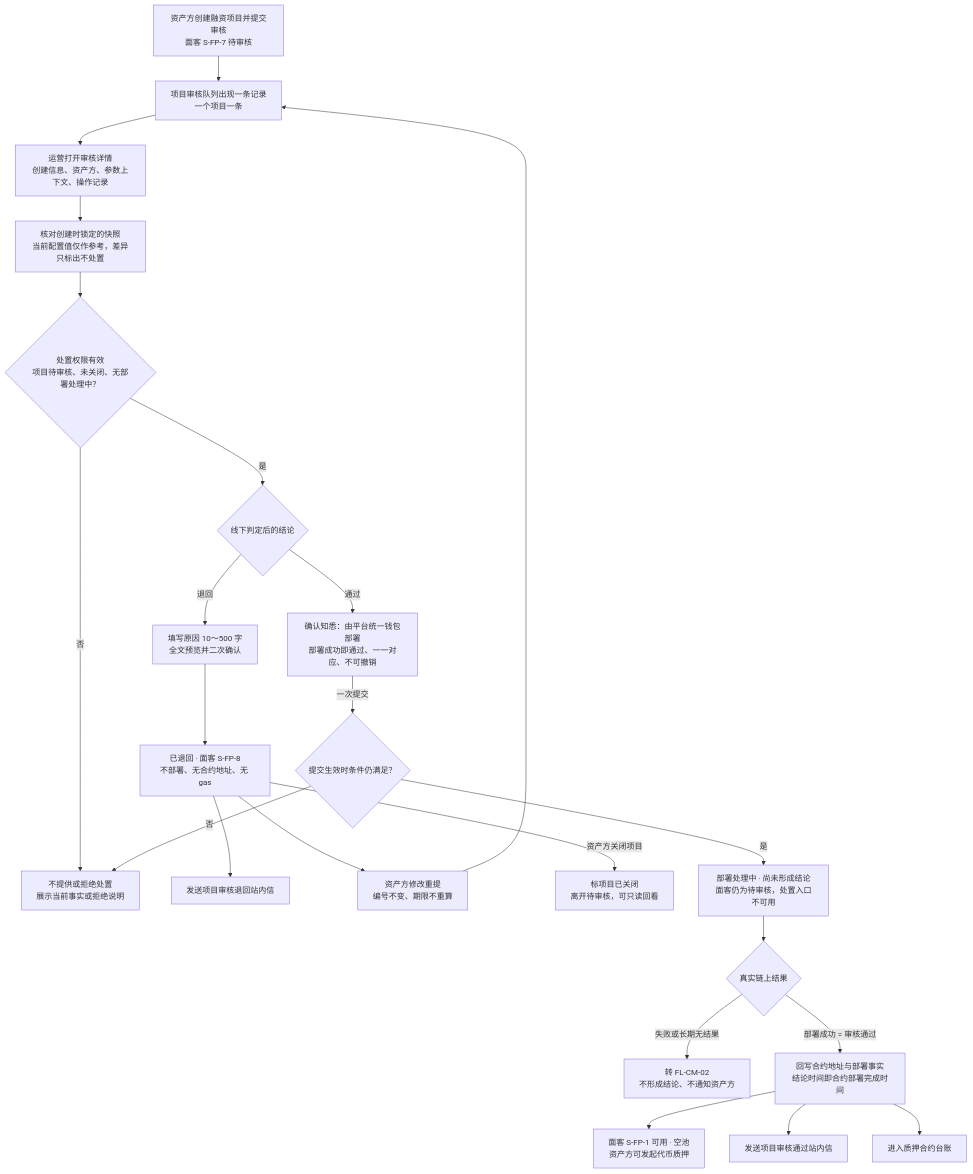
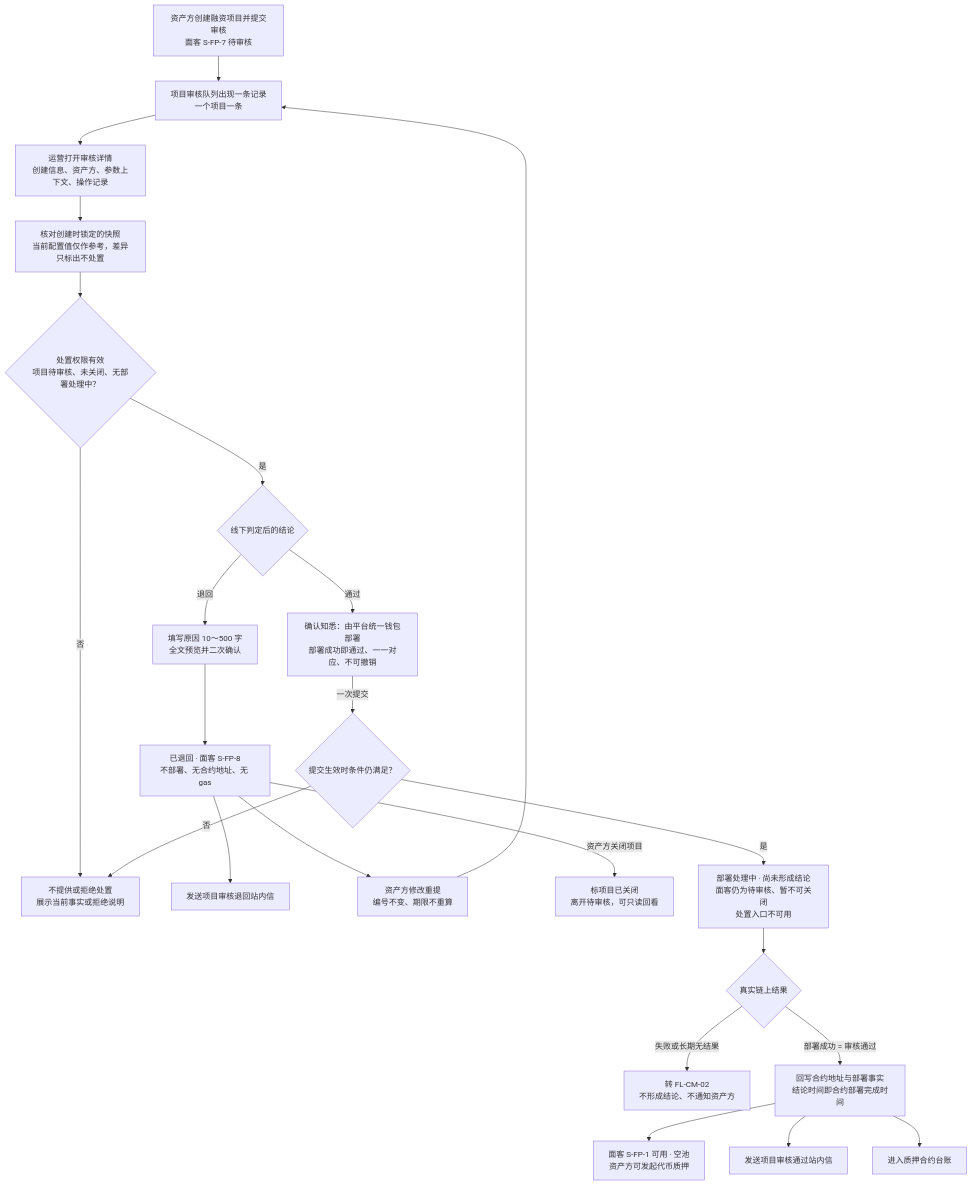
Before and after one commit to wxblockchain/Chain-Financing: the first of 5 diagrams in lending-platform/PRD/运营端/04-运营端项目合约管理/02-运营端项目合约管理-流程图与状态机.md, drawn with Mermaid. The commit also changed other lines of this file and 4 other files, not shown here.

````diff
--- a/lending-platform/PRD/运营端/04-运营端项目合约管理/02-运营端项目合约管理-流程图与状态机.md
+++ b/lending-platform/PRD/运营端/04-运营端项目合约管理/02-运营端项目合约管理-流程图与状态机.md
@@ -19,25 +19,25 @@
 ```mermaid
 flowchart TD
   A0["资产方创建融资项目并提交审核<br/>面客 S-FP-7 待审核"] --> A1["项目审核队列出现一条记录<br/>一个项目一条"]
   A1 --> A2["运营打开审核详情<br/>创建信息、资产方、参数上下文、操作记录"]
   A2 --> A3["核对创建时锁定的快照<br/>当前配置值仅作参考，差异只标出不处置"]
   A3 --> A5{"处置权限有效<br/>项目待审核、未关闭、无部署处理中？"}
   A5 -- "否" --> A6["不提供或拒绝处置<br/>展示当前事实或拒绝说明"]
   A5 -- "是" --> A7{"线下判定后的结论"}
   A7 -- "退回" --> B1["填写原因 10～500 字<br/>全文预览并二次确认"]
   B1 --> B2["已退回 · 面客 S-FP-8<br/>不部署、无合约地址、无 gas"]
   B2 --> B3["发送项目审核退回站内信"]
   B2 --> B4["资产方修改重提<br/>编号不变、期限不重算"]
   B4 --> A1
   B2 -- "资产方关闭项目" --> B5["标项目已关闭<br/>离开待审核，可只读回看"]
   A7 -- "通过" --> C1["确认知悉：由平台统一钱包部署<br/>部署成功即通过、一一对应、不可撤销"]
   C1 -- "一次提交" --> C2{"提交生效时条件仍满足？"}
   C2 -- "否" --> A6
-  C2 -- "是" --> C3["部署处理中 · 尚未形成结论<br/>面客仍为待审核，处置入口不可用"]
+  C2 -- "是" --> C3["部署处理中 · 尚未形成结论<br/>面客仍为待审核、暂不可关闭<br/>处置入口不可用"]
   C3 --> C5{"真实链上结果"}
   C5 -- "失败或长期无结果" --> C6["转 FL-CM-02<br/>不形成结论、不通知资产方"]
   C5 -- "部署成功 = 审核通过" --> D1["回写合约地址与部署事实<br/>结论时间即合约部署完成时间"]
   D1 --> D2["面客 S-FP-1 可用 · 空池<br/>资产方可发起代币质押"]
   D1 --> D3["发送项目审核通过站内信"]
   D1 --> D4["进入质押合约台账"]
 ```
````
